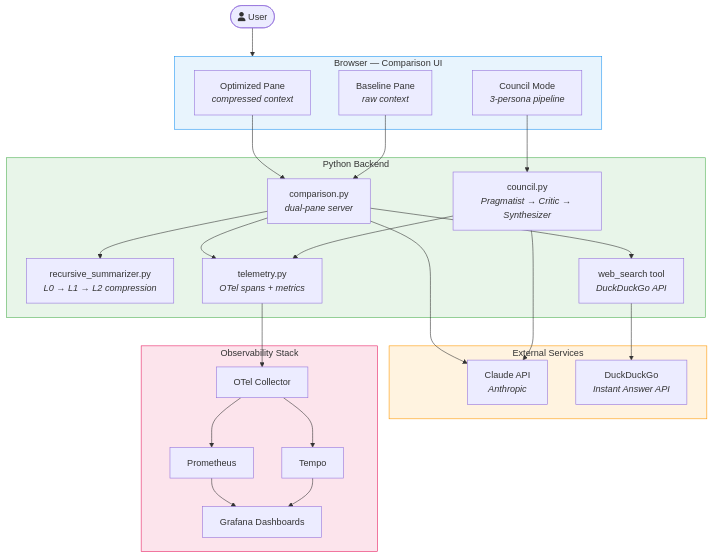
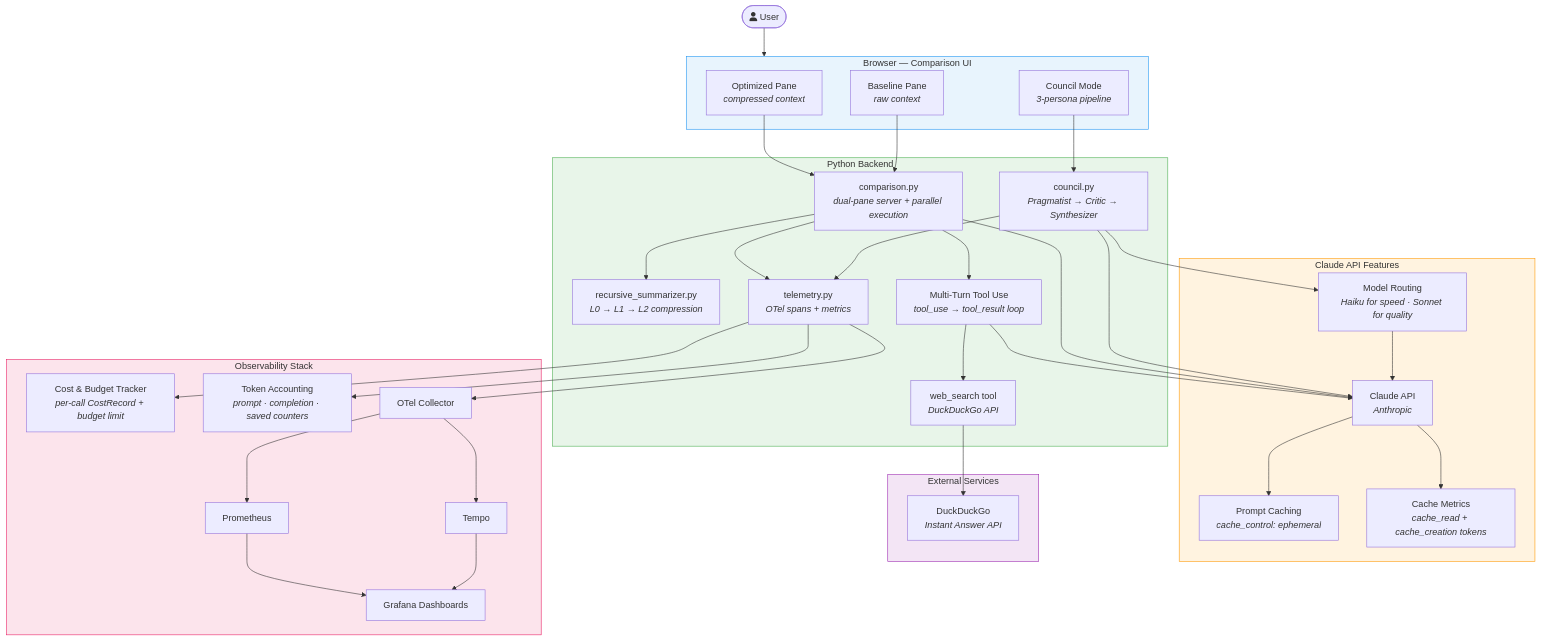
One commit to itisaby/arahacks changed the diagram in README.md. Above: the diagram before and after it, drawn with Mermaid. The commit also changed 1 other file, not shown here.

Commit message:
Enhance README with detailed backend architecture and observability features

````diff
--- a/README.md
+++ b/README.md
@@ -17,52 +17,73 @@
 ```mermaid
 graph TD
     User([fa:fa-user User])
 
     subgraph Browser["Browser — Comparison UI"]
         Optimized["Optimized Pane<br/><i>compressed context</i>"]
         Baseline["Baseline Pane<br/><i>raw context</i>"]
         Council["Council Mode<br/><i>3-persona pipeline</i>"]
     end
 
     subgraph Backend["Python Backend"]
-        CompPy["comparison.py<br/><i>dual-pane server</i>"]
+        CompPy["comparison.py<br/><i>dual-pane server + parallel execution</i>"]
         CouncilPy["council.py<br/><i>Pragmatist → Critic → Synthesizer</i>"]
         Summarizer["recursive_summarizer.py<br/><i>L0 → L1 → L2 compression</i>"]
         Telemetry["telemetry.py<br/><i>OTel spans + metrics</i>"]
+        ToolLoop["Multi-Turn Tool Use<br/><i>tool_use → tool_result loop</i>"]
         WebSearch["web_search tool<br/><i>DuckDuckGo API</i>"]
     end
 
+    subgraph ClaudeFeatures["Claude API Features"]
+        Claude["Claude API<br/><i>Anthropic</i>"]
+        PromptCache["Prompt Caching<br/><i>cache_control: ephemeral</i>"]
+        ModelRoute["Model Routing<br/><i>Haiku for speed · Sonnet for quality</i>"]
+        CacheMetrics["Cache Metrics<br/><i>cache_read + cache_creation tokens</i>"]
+    end
+
     subgraph External["External Services"]
-        Claude["Claude API<br/><i>Anthropic</i>"]
         DDG["DuckDuckGo<br/><i>Instant Answer API</i>"]
     end
 
     subgraph Observability["Observability Stack"]
+        CostTracker["Cost & Budget Tracker<br/><i>per-call CostRecord + budget limit</i>"]
+        TokenAcct["Token Accounting<br/><i>prompt · completion · saved counters</i>"]
         OTEL["OTel Collector"]
         Prometheus["Prometheus"]
         Tempo["Tempo"]
         Grafana["Grafana Dashboards"]
     end
 
     User --> Browser
     Optimized --> CompPy
     Baseline --> CompPy
     Council --> CouncilPy
+
     CompPy --> Summarizer
+    CompPy --> ToolLoop
+    ToolLoop --> Claude
+    ToolLoop --> WebSearch
+    WebSearch --> DDG
+
     CompPy --> Claude
-    CompPy --> WebSearch
     CouncilPy --> Claude
-    WebSearch --> DDG
+    Claude --> PromptCache
+    Claude --> CacheMetrics
+    CouncilPy --> ModelRoute
+    ModelRoute --> Claude
+
     CompPy --> Telemetry
     CouncilPy --> Telemetry
+    Telemetry --> CostTracker
+    Telemetry --> TokenAcct
     Telemetry --> OTEL
     OTEL --> Prometheus
     OTEL --> Tempo
     Prometheus --> Grafana
     Tempo --> Grafana
 
     style Browser fill:#e8f4fd,stroke:#2196F3
     style Backend fill:#e8f5e9,stroke:#4CAF50
-    style External fill:#fff3e0,stroke:#FF9800
+    style ClaudeFeatures fill:#fff3e0,stroke:#FF9800
+    style External fill:#f3e5f5,stroke:#9C27B0
     style Observability fill:#fce4ec,stroke:#E91E63
 ```
````
